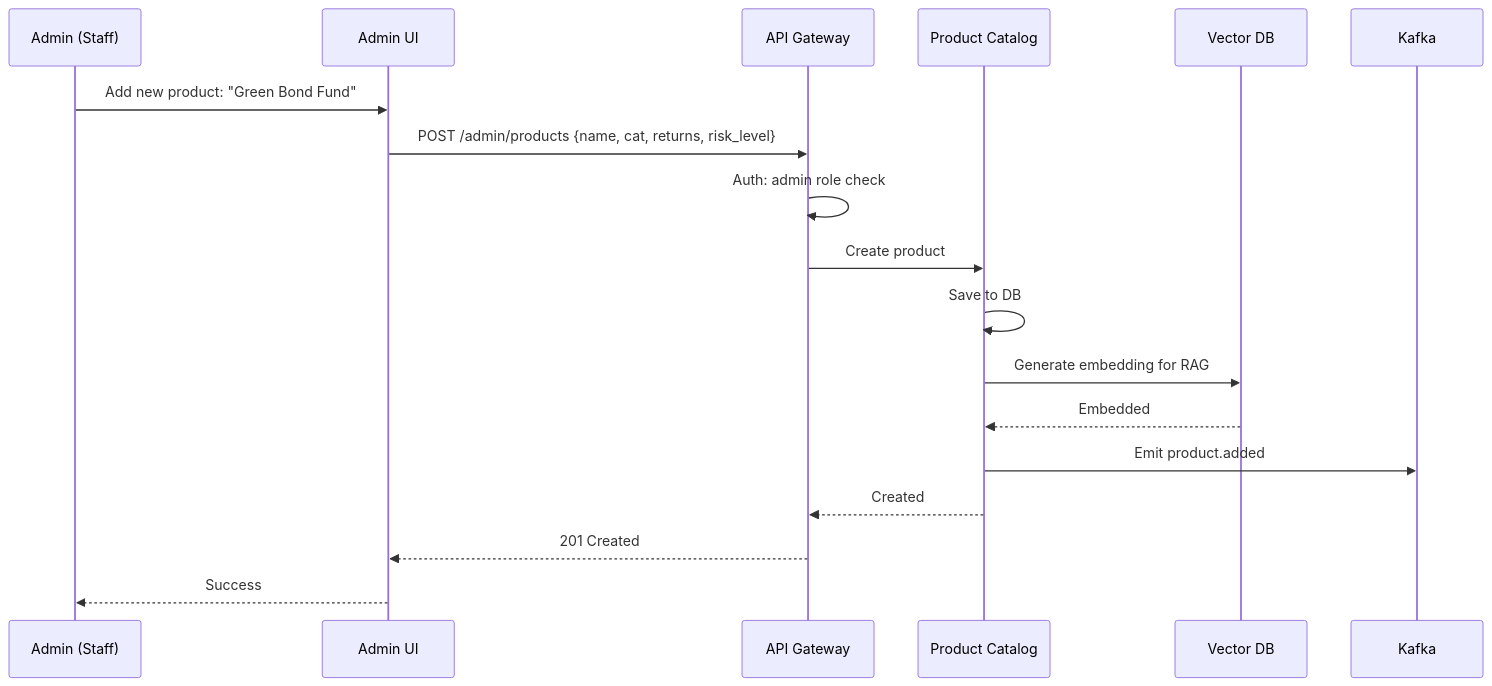
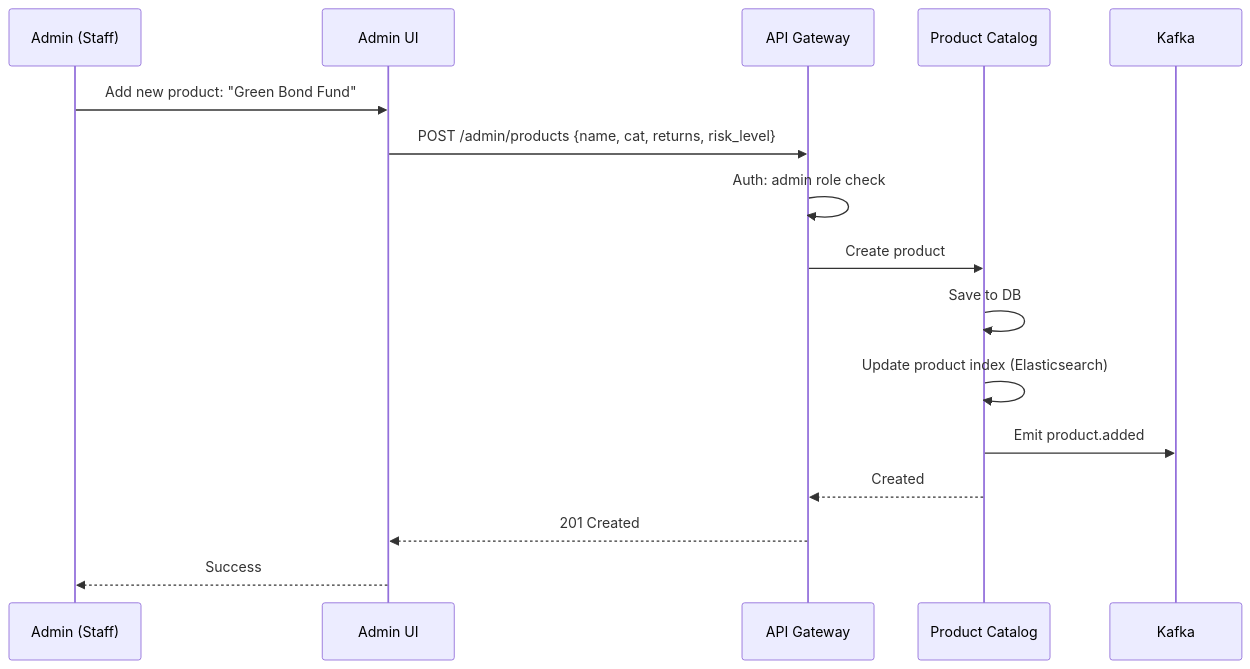
Before and after one commit to Cognition-Partner-Workshops/uc-framework-upgrade-monolith-to-microservices: diagram 17 of 20 in docs/design/05-sequence-diagrams.md, drawn with Mermaid. The commit also changed other lines of this file and 4 other files, not shown here.

````diff
--- a/docs/design/05-sequence-diagrams.md
+++ b/docs/design/05-sequence-diagrams.md
@@ -543,21 +540,19 @@
 ```mermaid
 sequenceDiagram
     participant A as Admin (Staff)
     participant UI as Admin UI
     participant GW as API Gateway
     participant PC as Product Catalog
-    participant VDB as Vector DB
     participant K as Kafka
 
     A->>UI: Add new product: "Green Bond Fund"
     UI->>GW: POST /admin/products {name, cat, returns, risk_level}
     GW->>GW: Auth: admin role check
     GW->>PC: Create product
     PC->>PC: Save to DB
-    PC->>VDB: Generate embedding for RAG
-    VDB-->>PC: Embedded
+    PC->>PC: Update product index (Elasticsearch)
     PC->>K: Emit product.added
     PC-->>GW: Created
     GW-->>UI: 201 Created
     UI-->>A: Success
 ```
````
